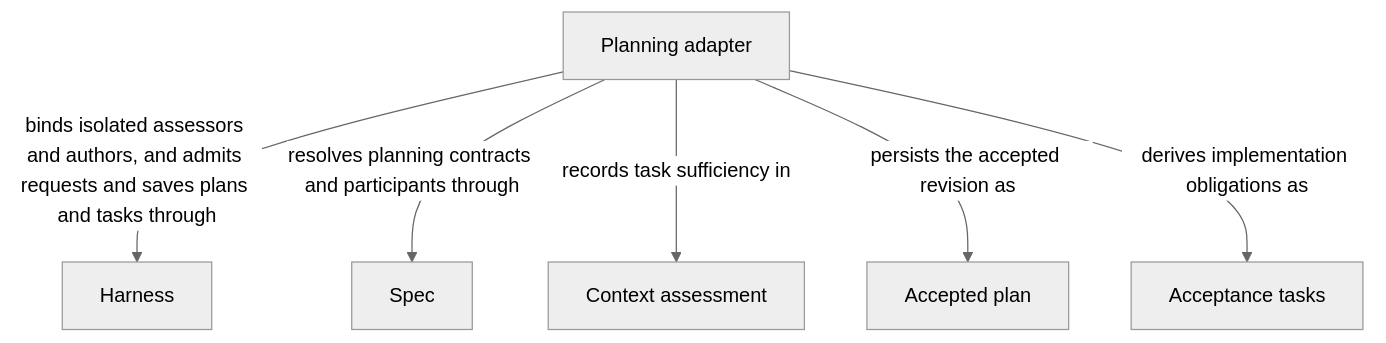
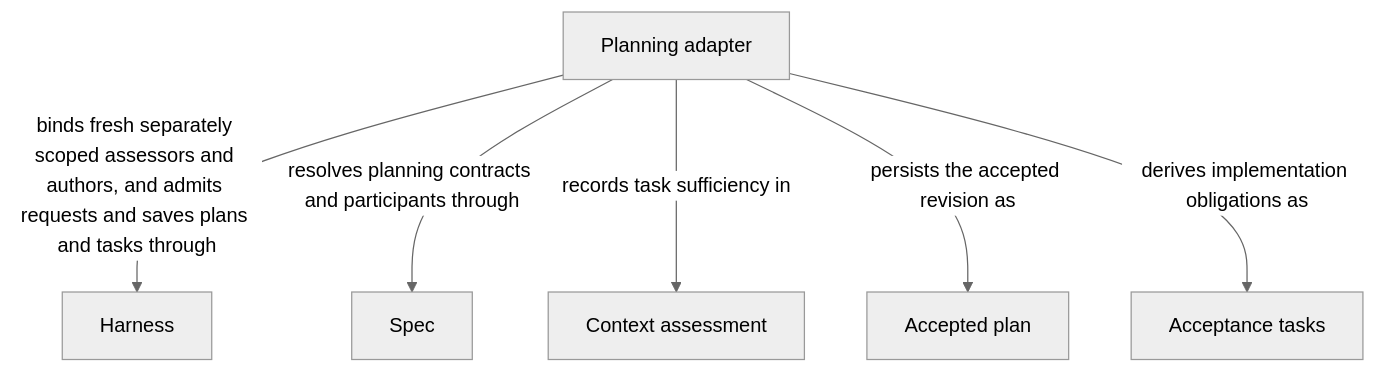
One commit to FTOD/concorde changed the second of 2 diagrams in specs/concorde/planning/module.md. Above: the diagram before and after it, drawn with Mermaid (neutral theme). The commit also changed other lines of this file and 42 other files, not shown here.

````diff
--- a/specs/concorde/planning/module.md
+++ b/specs/concorde/planning/module.md
@@ -97,16 +97,16 @@
 ```mermaid
 flowchart TB
     accTitle: Planning entities and dependencies
-    accDescr: Planning uses the host to save current plans and tasks, Harness to isolate assessors and authors, and Spec to resolve contracts and participants. Assessment, plans and tasks remain distinct outputs.
+    accDescr: Planning uses the host to save current plans and tasks, Harness to bind fresh separately scoped assessors and authors, and Spec to resolve contracts and participants. Assessment, plans and tasks remain distinct outputs.
     e0["Planning adapter"]
     e2["Harness"]
     e3["Spec"]
-    e0 -->|binds isolated assessors and authors, and admits requests and saves plans and tasks through| e2
+    e0 -->|binds fresh separately scoped assessors and authors, and admits requests and saves plans and tasks through| e2
     e0 -->|resolves planning contracts and participants through| e3
     domain_assessment["Context assessment"]
     e0 -->|records task sufficiency in| domain_assessment
     domain_plan["Accepted plan"]
     e0 -->|persists the accepted revision as| domain_plan
     domain_tasks["Acceptance tasks"]
     e0 -->|derives implementation obligations as| domain_tasks
 ```
````
